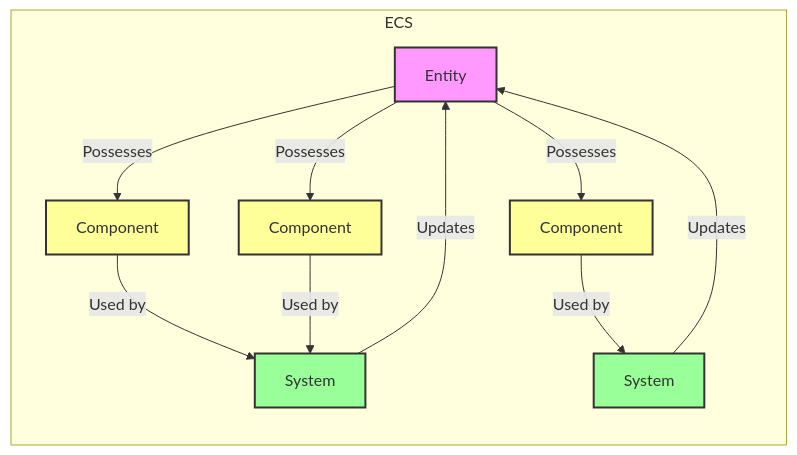
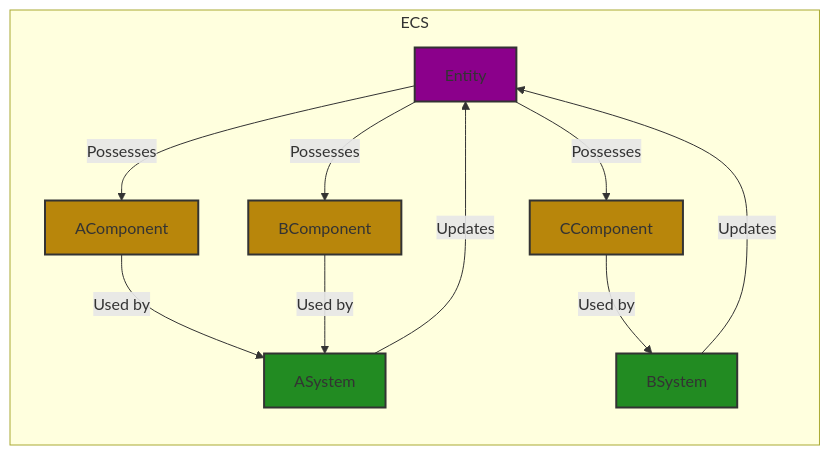
Before and after one commit to arthurgauffre/R-Type: the diagram in GameEngine.md, drawn with Mermaid.

Commit message:
[UPD] mermaid graph in gameengine.md

````diff
--- a/GameEngine.md
+++ b/GameEngine.md
@@ -40,30 +40,30 @@
 ```mermaid
 graph TD;
-    A[Entity] -->|Possesses| B[Component]
-    A[Entity] -->|Possesses| C[Component]
-    A[Entity] -->|Possesses| D[Component]
+    A[Entity] -->|Possesses| B[AComponent]
+    A[Entity] -->|Possesses| C[BComponent]
+    A[Entity] -->|Possesses| D[CComponent]
 
-    B -->|Used by| E[System]
-    C -->|Used by| E[System]
-    D -->|Used by| F[System]
+    B -->|Used by| E[ASystem]
+    C -->|Used by| E[ASystem]
+    D -->|Used by| F[BSystem]
 
-    E[System] -->|Updates| A[Entity]
-    F[System] -->|Updates| A[Entity]
+    E[ASystem] -->|Updates| A[Entity]
+    F[BSystem] -->|Updates| A[Entity]
 
     subgraph "ECS"
         direction TB
         A
         B
         C
         D
         E
         F
     end
 
-    style A fill:#f9f,stroke:#333,stroke-width:2px;
-    style B fill:#ff9,stroke:#333,stroke-width:2px;
-    style C fill:#ff9,stroke:#333,stroke-width:2px;
-    style D fill:#ff9,stroke:#333,stroke-width:2px;
-    style E fill:#9f9,stroke:#333,stroke-width:2px;
-    style F fill:#9f9,stroke:#333,stroke-width:2px;
+style A fill:#8b008b,stroke:#333,stroke-width:2px;
+style B fill:#b8860b,stroke:#333,stroke-width:2px;
+style C fill:#b8860b,stroke:#333,stroke-width:2px;
+style D fill:#b8860b,stroke:#333,stroke-width:2px;
+style E fill:#228b22,stroke:#333,stroke-width:2px;
+style F fill:#228b22,stroke:#333,stroke-width:2px;
 ```
````
